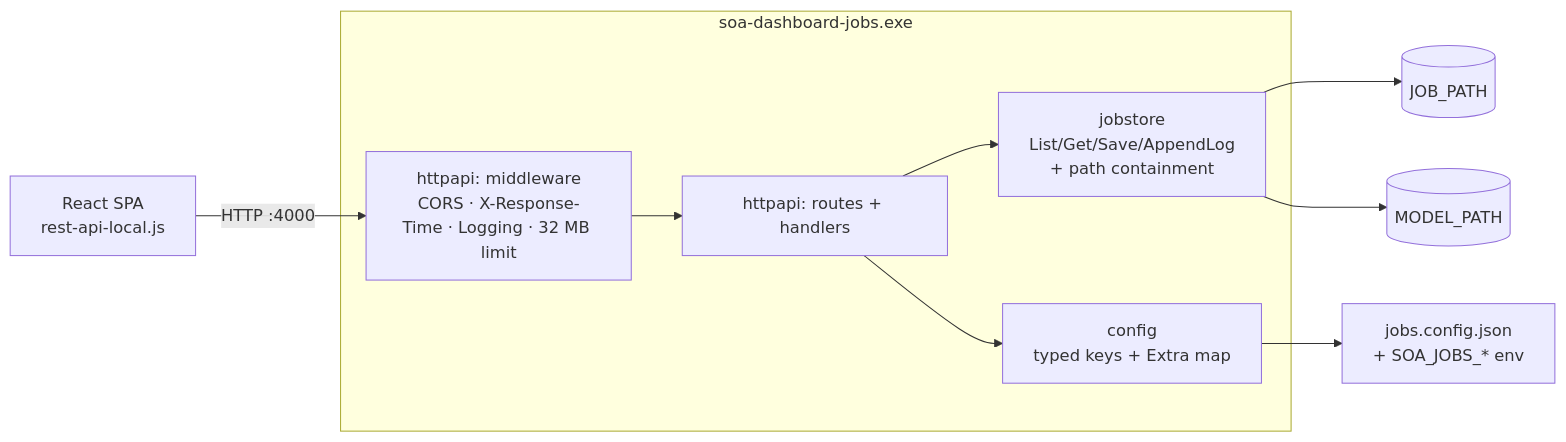
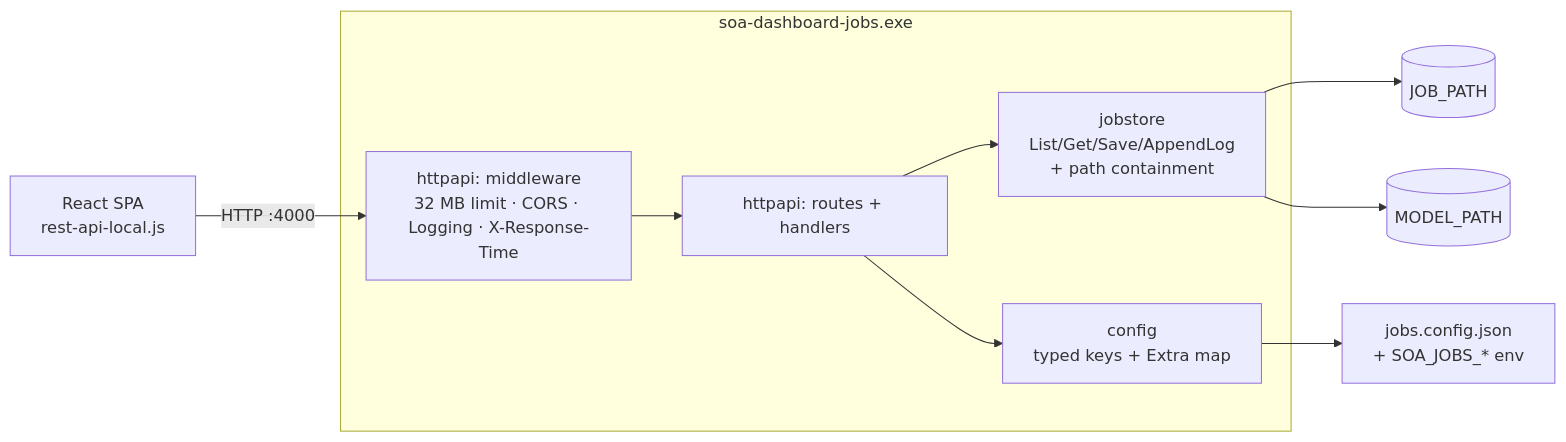
One commit to h9h/soa-dashboard-jobs changed the diagram in docs/superpowers/specs/2026-09-21-soa-dashboard-jobs-go-port-design.md. Above: the diagram before and after it, drawn with Mermaid. The commit also changed other lines of this file and 1 other file, not shown here.

Commit message:
Close remaining Finding 8 gaps: spec self-contradiction, ordering test blind spot
The spec's architecture diagram and repository-layout block still showed
the pre-fix middleware order, contradicting the corrected list further
down the same document. Also, the preflight-logging regression test
hand-built its own middleware chain instead of going through
server.Handler(), so it could not detect a reverted composition in
router.go. Added a Handler()-driven test that does.

````diff
--- a/docs/superpowers/specs/2026-09-21-soa-dashboard-jobs-go-port-design.md
+++ b/docs/superpowers/specs/2026-09-21-soa-dashboard-jobs-go-port-design.md
@@ -56,12 +56,12 @@
 ```mermaid
 flowchart LR
   FE["React SPA<br/>rest-api-local.js"] -->|HTTP :4000| MW
   subgraph bin["soa-dashboard-jobs.exe"]
-    MW["httpapi: middleware<br/>CORS · X-Response-Time · Logging · 32 MB limit"] --> R["httpapi: routes + handlers"]
+    MW["httpapi: middleware<br/>32 MB limit · CORS · Logging · X-Response-Time"] --> R["httpapi: routes + handlers"]
     R --> S["jobstore<br/>List/Get/Save/AppendLog<br/>+ path containment"]
     R --> C["config<br/>typed keys + Extra map"]
   end
   S --> FSJ[("JOB_PATH")]
   S --> FSM[("MODEL_PATH")]
   C --> CF["jobs.config.json<br/>+ SOA_JOBS_* env"]
 ```
````
